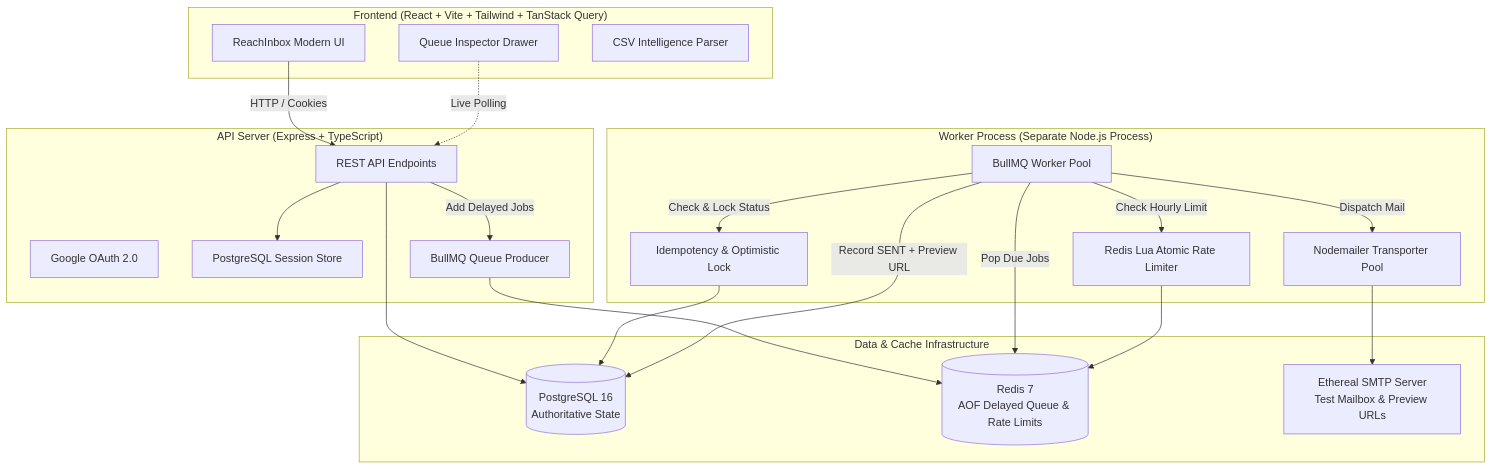
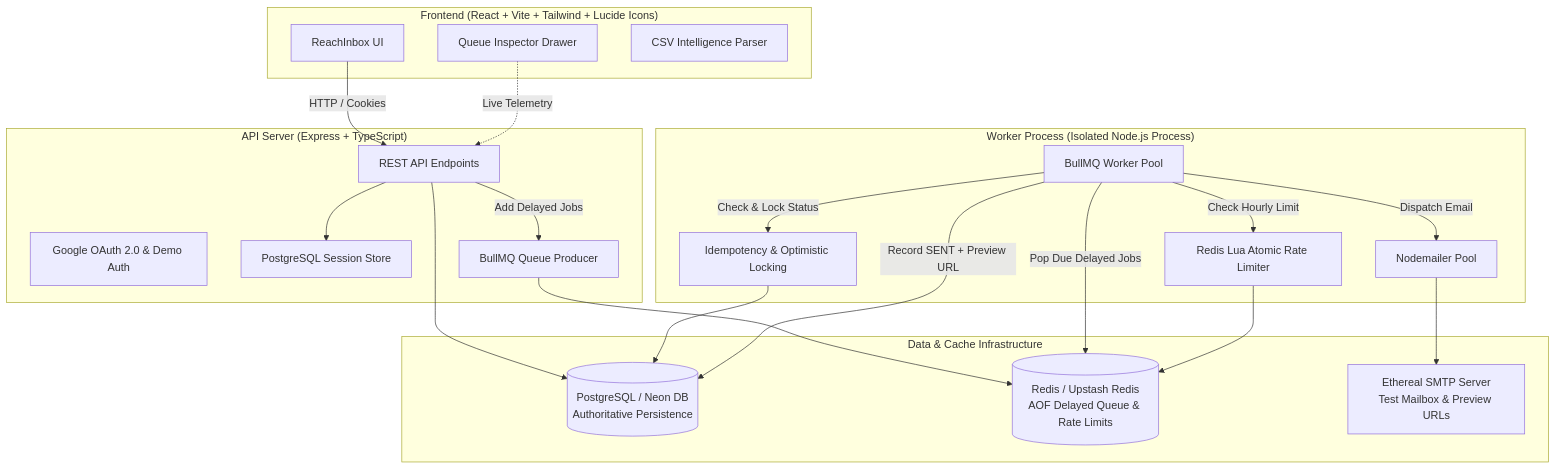
The first of 2 diagrams in README.md (tanyaaa0070/eachinbox-scheduler), drawn with Mermaid before and after one commit. The commit also changed other lines of this file, not shown here.

Commit message:
docs: finalize README with full submission guidelines, feature matrix, architecture, and trade-offs

````diff
--- a/README.md
+++ b/README.md
@@ -24,44 +51,44 @@
 ```mermaid
 graph TB
-    subgraph Client ["Frontend (React + Vite + Tailwind + TanStack Query)"]
-        UI[ReachInbox Modern UI]
+    subgraph Client ["Frontend (React + Vite + Tailwind + Lucide Icons)"]
+        UI[ReachInbox UI]
         DevTools[Queue Inspector Drawer]
         CSV[CSV Intelligence Parser]
     end
 
     subgraph API_Layer ["API Server (Express + TypeScript)"]
         Routes[REST API Endpoints]
-        Passport[Google OAuth 2.0]
+        Passport[Google OAuth 2.0 & Demo Auth]
         SessionStore[PostgreSQL Session Store]
         QueueProducer[BullMQ Queue Producer]
     end
 
-    subgraph Background_Worker ["Worker Process (Separate Node.js Process)"]
+    subgraph Background_Worker ["Worker Process (Isolated Node.js Process)"]
         BullWorker[BullMQ Worker Pool]
-        Idempotency[Idempotency & Optimistic Lock]
+        Idempotency[Idempotency & Optimistic Locking]
         LuaRateLimiter[Redis Lua Atomic Rate Limiter]
-        SMTPTransporter[Nodemailer Transporter Pool]
+        SMTPTransporter[Nodemailer Pool]
     end
 
     subgraph Storage_Tiers ["Data & Cache Infrastructure"]
-        PostgreSQL[(PostgreSQL 16\nAuthoritative State)]
-        Redis[(Redis 7\nAOF Delayed Queue & Rate Limits)]
+        PostgreSQL[(PostgreSQL / Neon DB\nAuthoritative Persistence)]
+        Redis[(Redis / Upstash Redis\nAOF Delayed Queue & Rate Limits)]
         Ethereal[Ethereal SMTP Server\nTest Mailbox & Preview URLs]
     end
 
     UI -->|HTTP / Cookies| Routes
     Routes --> SessionStore
     Routes --> PostgreSQL
     Routes -->|Add Delayed Jobs| QueueProducer
     QueueProducer --> Redis
 
-    BullWorker -->|Pop Due Jobs| Redis
+    BullWorker -->|Pop Due Delayed Jobs| Redis
     BullWorker -->|Check & Lock Status| Idempotency
     Idempotency --> PostgreSQL
     BullWorker -->|Check Hourly Limit| LuaRateLimiter
     LuaRateLimiter --> Redis
-    BullWorker -->|Dispatch Mail| SMTPTransporter
+    BullWorker -->|Dispatch Email| SMTPTransporter
     SMTPTransporter --> Ethereal
     BullWorker -->|Record SENT + Preview URL| PostgreSQL
-    DevTools -.->|Live Polling| Routes
+    DevTools -.->|Live Telemetry| Routes
 ```
````
